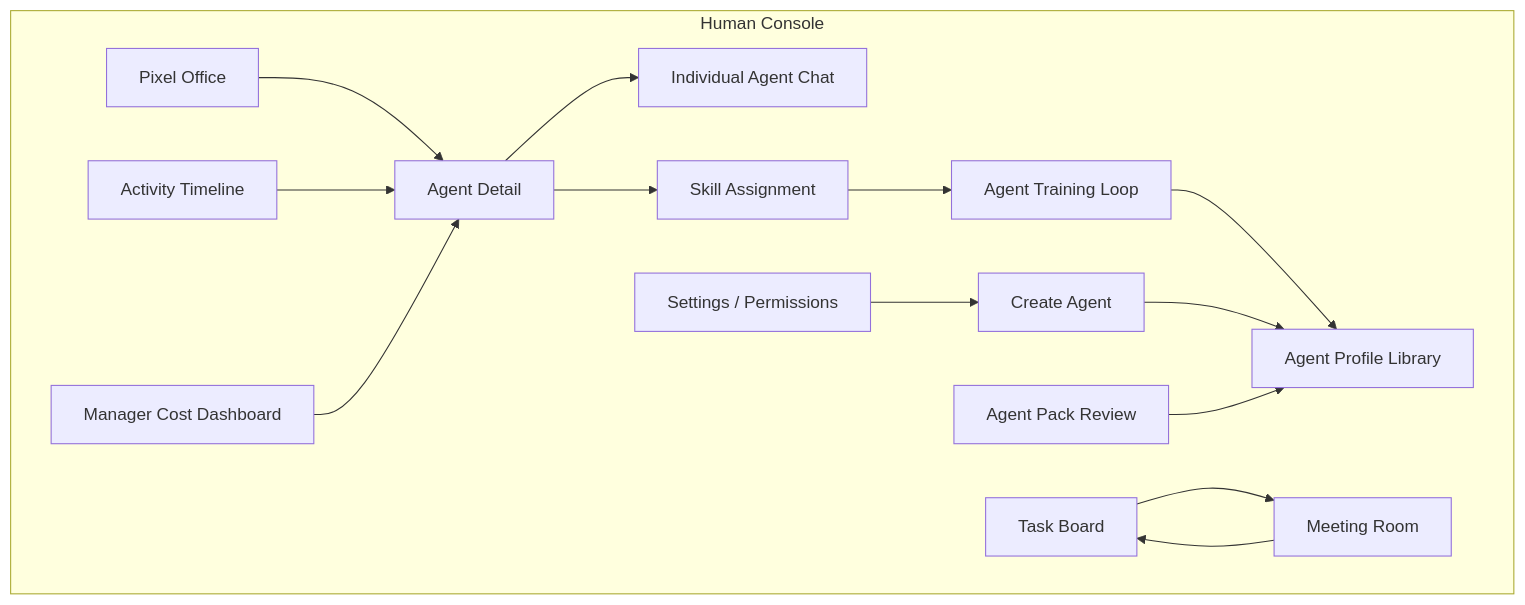
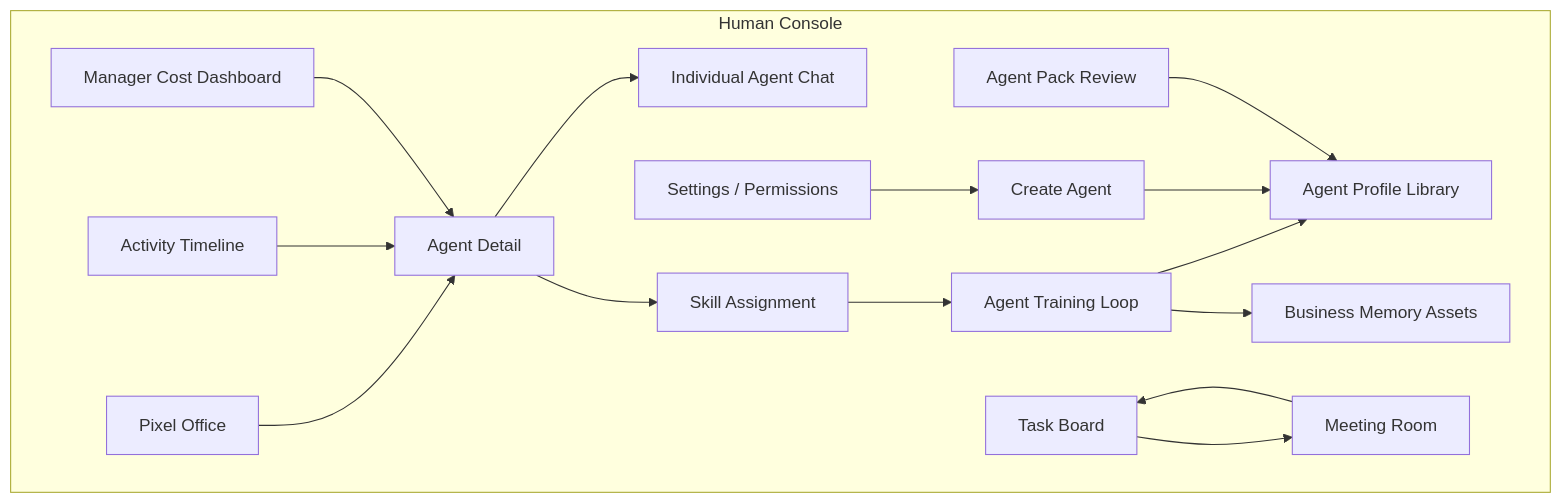
The diagram in docs/product_view.md (JC-8522/pixel_factory), drawn with Mermaid before and after one commit. The commit also changed other lines of this file and 77 other files, not shown here.

````diff
--- a/docs/product_view.md
+++ b/docs/product_view.md
@@ -13,31 +19,33 @@
 ```mermaid
 flowchart TB
   subgraph HumanConsole["Human Console"]
     Office["Pixel Office"]
     AgentDetail["Agent Detail"]
     IndividualChat["Individual Agent Chat"]
     CreateAgent["Create Agent"]
     ProfileLibrary["Agent Profile Library"]
     Skills["Skill Assignment"]
     TrainingLoop["Agent Training Loop"]
+    BusinessMemory["Business Memory Assets"]
     TaskBoard["Task Board"]
     MeetingRoom["Meeting Room"]
     Timeline["Activity Timeline"]
     CostDashboard["Manager Cost Dashboard"]
     AgentPacks["Agent Pack Review"]
     Settings["Settings / Permissions"]
   end
 
   Office --> AgentDetail
   AgentDetail --> IndividualChat
   AgentDetail --> Skills
   Skills --> TrainingLoop
   TrainingLoop --> ProfileLibrary
+  TrainingLoop --> BusinessMemory
   CreateAgent --> ProfileLibrary
   TaskBoard --> MeetingRoom
   MeetingRoom --> TaskBoard
   Timeline --> AgentDetail
   CostDashboard --> AgentDetail
   AgentPacks --> ProfileLibrary
   Settings --> CreateAgent
 ```
````
